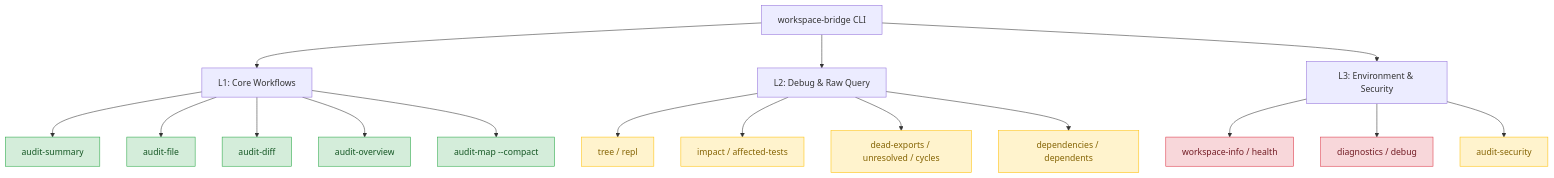
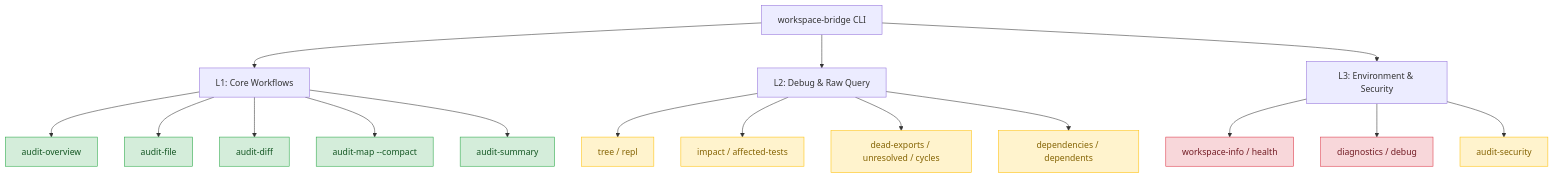
Before and after one commit to YongjianWan/workspace-bridge: the diagram in docs/dogfood_curated.md, drawn with Mermaid. The commit also changed other lines of this file and 13 other files, not shown here.

Commit message:
feat: consolidate audit-summary into audit-overview, deprecating health checks

````diff
--- a/docs/dogfood_curated.md
+++ b/docs/dogfood_curated.md
@@ -254,29 +265,29 @@
 ```mermaid
 graph TD
     classDef high fill:#d4edda,stroke:#28a745,color:#155724;
     classDef med fill:#fff3cd,stroke:#ffc107,color:#856404;
     classDef low fill:#f8d7da,stroke:#dc3545,color:#721c24;
 
     A[workspace-bridge CLI] --> L1[L1: Core Workflows]
     A --> L2[L2: Debug & Raw Query]
     A --> L3[L3: Environment & Security]
 
-    L1 --> C1[audit-summary]:::high
+    L1 --> C1[audit-overview]:::high
     L1 --> C2[audit-file]:::high
     L1 --> C3[audit-diff]:::high
-    L1 --> C4[audit-overview]:::high
-    L1 --> C5[audit-map --compact]:::high
+    L1 --> C4[audit-map --compact]:::high
+    L1 --> C5[audit-summary]:::med
 
     L2 --> R1[tree / repl]:::med
     L2 --> R2[impact / affected-tests]:::med
     L2 --> R3[dead-exports / unresolved / cycles]:::med
     L2 --> R4[dependencies / dependents]:::med
 
     L3 --> D1[workspace-info / health]:::low
     L3 --> D2[diagnostics / debug]:::low
     L3 --> D3[audit-security]:::med
 
     class C1,C2,C3,C4,C5 high;
     class R1,R2,R3,R4,D3 med;
     class D1,D2 low;
 ```
````
